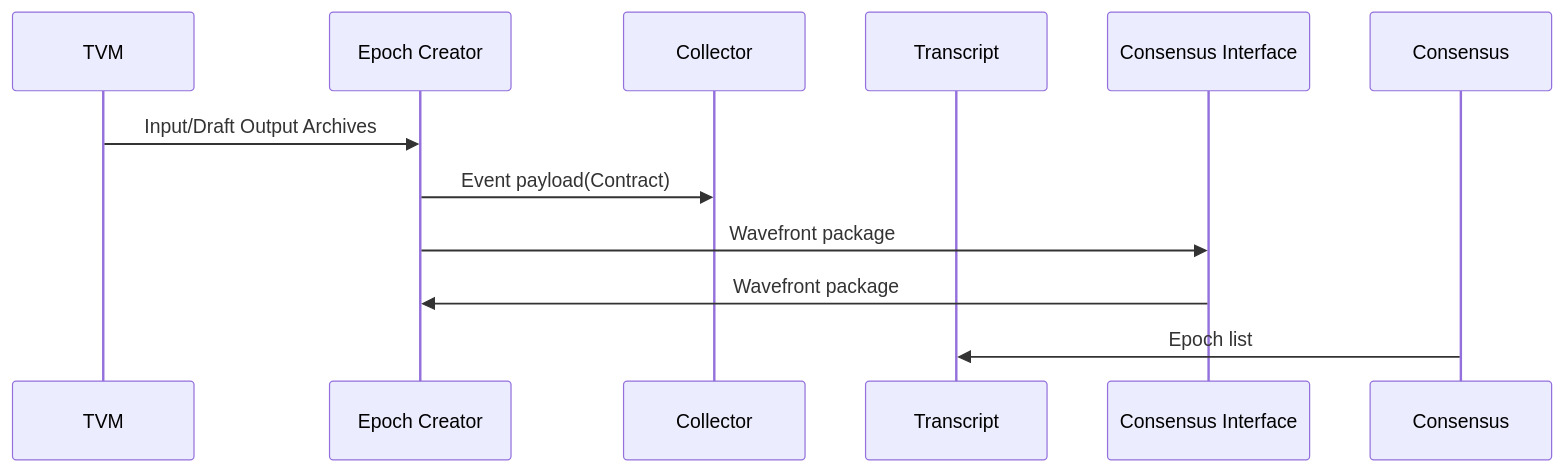
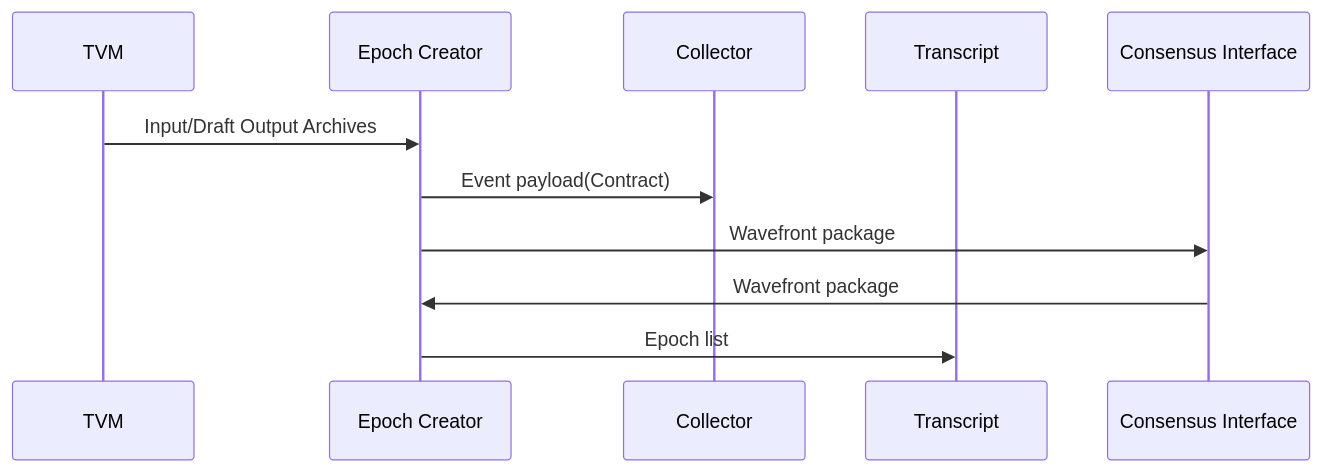
Before and after one commit to tagion/tagion: the diagram in documents/architecture/EpochCreator.md, drawn with Mermaid.

Commit message:
Correction

````diff
--- a/documents/architecture/EpochCreator.md
+++ b/documents/architecture/EpochCreator.md
@@ -19,13 +19,13 @@
 ```mermaid
 sequenceDiagram
     participant TVM 
     participant Epoch Creator 
     participant Collector
     participant Transcript
     participant Consensus Interface
     TVM ->> Epoch Creator: Input/Draft Output Archives
     Epoch Creator ->> Collector: Event payload(Contract) 
     Epoch Creator ->> Consensus Interface: Wavefront package
     Consensus Interface ->> Epoch Creator: Wavefront package
-    Consensus ->> Transcript: Epoch list
+    Epoch Creator ->> Transcript: Epoch list
 ```
````
